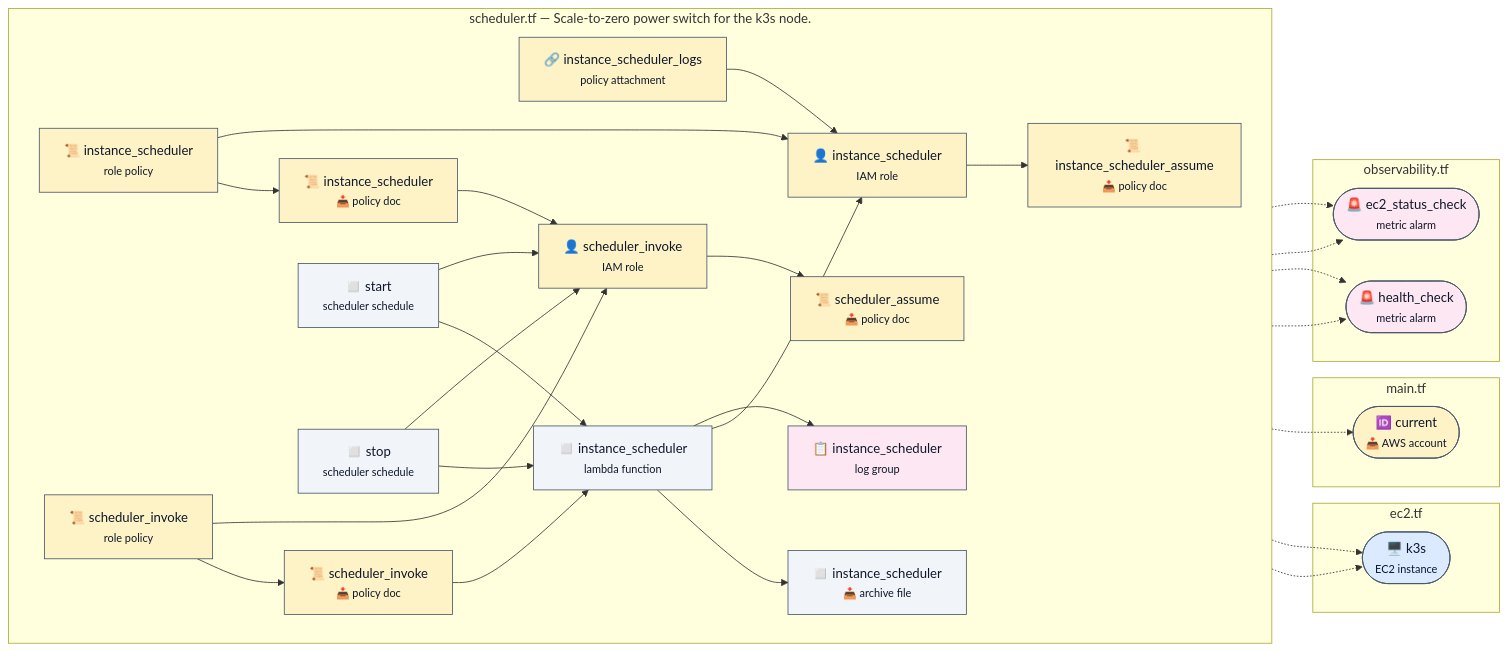
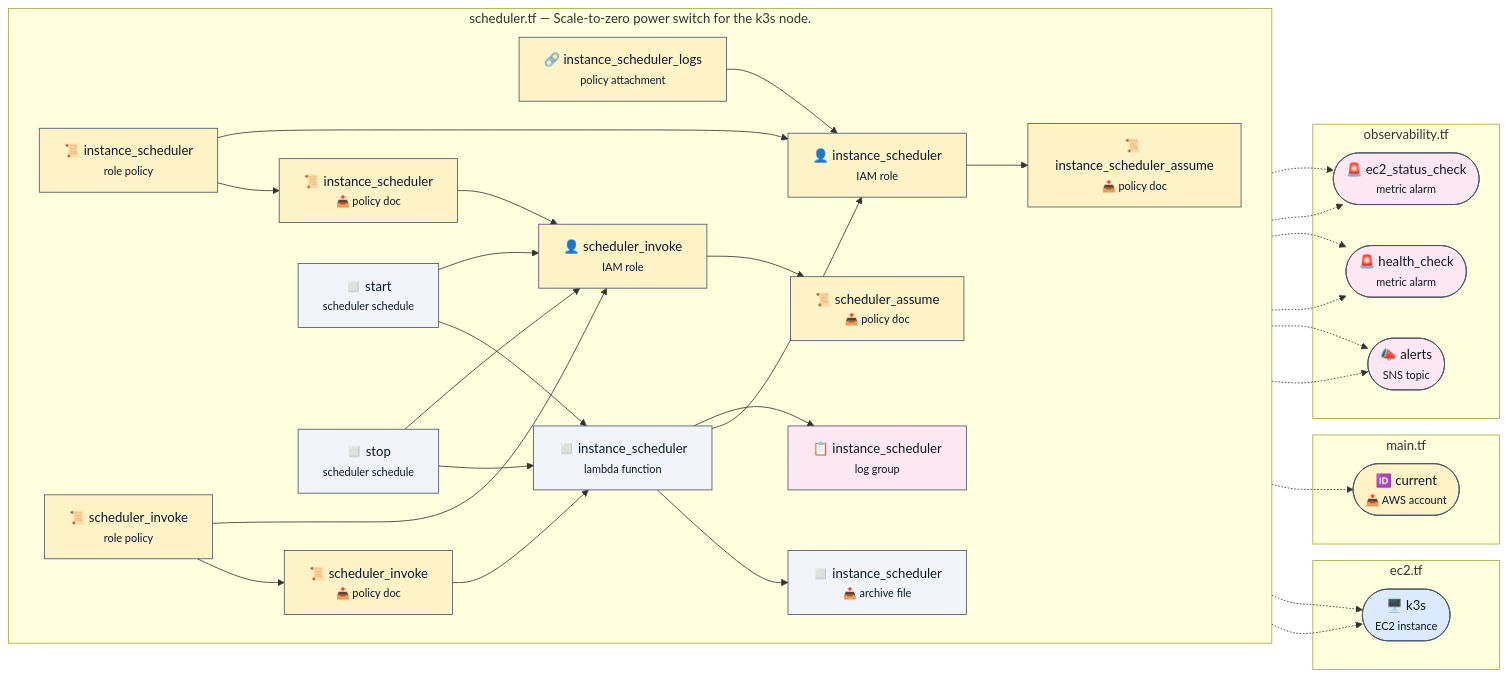
Before and after one commit to macamp0328/liner-notes: the diagram in infra/diagrams/per-file/scheduler.mmd, drawn with Mermaid. The commit also changed 5 other files, not shown here.

```diff
--- a/infra/diagrams/per-file/scheduler.mmd
+++ b/infra/diagrams/per-file/scheduler.mmd
@@ -1,57 +1,60 @@
 %% Auto-generated by scripts/diagrams/generate.ts — do not edit by hand.
 %% Source: infra/terraform/scheduler.tf
 flowchart LR
   classDef compute fill:#dbeafe,stroke:#475569,color:#0f172a
   classDef iam fill:#fef3c7,stroke:#475569,color:#0f172a
   classDef observability fill:#fce7f3,stroke:#475569,color:#0f172a
   classDef other fill:#f1f5f9,stroke:#475569,color:#0f172a
   subgraph this["scheduler.tf — Scale-to-zero power switch for the k3s node."]
     direction LR
     data_archive_file_instance_scheduler["◻️ instance_scheduler<br/><small>📥 archive file</small>"]:::other
     aws_cloudwatch_log_group_instance_scheduler["📋 instance_scheduler<br/><small>log group</small>"]:::observability
     aws_lambda_function_instance_scheduler["◻️ instance_scheduler<br/><small>lambda function</small>"]:::other
     data_aws_iam_policy_document_instance_scheduler_assume["📜 instance_scheduler_assume<br/><small>📥 policy doc</small>"]:::iam
     aws_iam_role_instance_scheduler["👤 instance_scheduler<br/><small>IAM role</small>"]:::iam
     aws_iam_role_policy_attachment_instance_scheduler_logs["🔗 instance_scheduler_logs<br/><small>policy attachment</small>"]:::iam
     data_aws_iam_policy_document_instance_scheduler["📜 instance_scheduler<br/><small>📥 policy doc</small>"]:::iam
     aws_iam_role_policy_instance_scheduler["📜 instance_scheduler<br/><small>role policy</small>"]:::iam
     data_aws_iam_policy_document_scheduler_assume["📜 scheduler_assume<br/><small>📥 policy doc</small>"]:::iam
     aws_iam_role_scheduler_invoke["👤 scheduler_invoke<br/><small>IAM role</small>"]:::iam
     data_aws_iam_policy_document_scheduler_invoke["📜 scheduler_invoke<br/><small>📥 policy doc</small>"]:::iam
     aws_iam_role_policy_scheduler_invoke["📜 scheduler_invoke<br/><small>role policy</small>"]:::iam
     aws_scheduler_schedule_stop["◻️ stop<br/><small>scheduler schedule</small>"]:::other
     aws_scheduler_schedule_start["◻️ start<br/><small>scheduler schedule</small>"]:::other
   end
   subgraph ext_ec2_tf["ec2.tf"]
     aws_instance_k3s(["🖥️ k3s<br/><small>EC2 instance</small>"]):::compute
   end
   subgraph ext_main_tf["main.tf"]
     data_aws_caller_identity_current(["🆔 current<br/><small>📥 AWS account</small>"]):::iam
   end
   subgraph ext_observability_tf["observability.tf"]
     aws_cloudwatch_metric_alarm_ec2_status_check(["🚨 ec2_status_check<br/><small>metric alarm</small>"]):::observability
     aws_cloudwatch_metric_alarm_health_check(["🚨 health_check<br/><small>metric alarm</small>"]):::observability
+    aws_sns_topic_alerts(["📣 alerts<br/><small>SNS topic</small>"]):::observability
   end
   aws_iam_role_policy_attachment_instance_scheduler_logs --> aws_iam_role_instance_scheduler
   aws_iam_role_policy_instance_scheduler --> aws_iam_role_instance_scheduler
   aws_iam_role_policy_instance_scheduler --> data_aws_iam_policy_document_instance_scheduler
   aws_iam_role_policy_scheduler_invoke --> aws_iam_role_scheduler_invoke
   aws_iam_role_policy_scheduler_invoke --> data_aws_iam_policy_document_scheduler_invoke
   aws_iam_role_instance_scheduler --> data_aws_iam_policy_document_instance_scheduler_assume
   aws_iam_role_scheduler_invoke --> data_aws_iam_policy_document_scheduler_assume
   aws_lambda_function_instance_scheduler --> aws_cloudwatch_log_group_instance_scheduler
   aws_lambda_function_instance_scheduler -.-> aws_cloudwatch_metric_alarm_ec2_status_check
   aws_lambda_function_instance_scheduler -.-> aws_cloudwatch_metric_alarm_health_check
   aws_lambda_function_instance_scheduler --> aws_iam_role_instance_scheduler
   aws_lambda_function_instance_scheduler -.-> aws_instance_k3s
+  aws_lambda_function_instance_scheduler -.-> aws_sns_topic_alerts
   aws_lambda_function_instance_scheduler --> data_archive_file_instance_scheduler
   aws_scheduler_schedule_start --> aws_iam_role_scheduler_invoke
   aws_scheduler_schedule_start --> aws_lambda_function_instance_scheduler
   aws_scheduler_schedule_stop --> aws_iam_role_scheduler_invoke
   aws_scheduler_schedule_stop --> aws_lambda_function_instance_scheduler
   data_aws_iam_policy_document_instance_scheduler -.-> aws_cloudwatch_metric_alarm_ec2_status_check
   data_aws_iam_policy_document_instance_scheduler -.-> aws_cloudwatch_metric_alarm_health_check
   data_aws_iam_policy_document_instance_scheduler --> aws_iam_role_scheduler_invoke
   data_aws_iam_policy_document_instance_scheduler -.-> aws_instance_k3s
+  data_aws_iam_policy_document_instance_scheduler -.-> aws_sns_topic_alerts
   data_aws_iam_policy_document_instance_scheduler -.-> data_aws_caller_identity_current
   data_aws_iam_policy_document_scheduler_invoke --> aws_lambda_function_instance_scheduler
```
